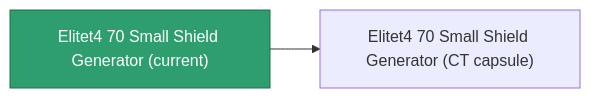
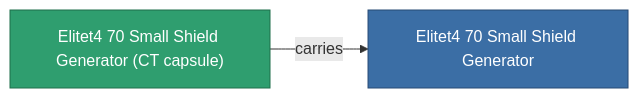
The diagram in content/content/items/elitet4_70_small_shield_generator.md (OpenPerpetuum/Wiki), drawn with Mermaid before and after one commit. The commit also changed other lines of this file and 2015 other files, not shown here.

````diff
--- a/content/content/items/elitet4_70_small_shield_generator.md
+++ b/content/content/items/elitet4_70_small_shield_generator.md
@@ -37,8 +37,9 @@
 ```mermaid
 graph LR
-    a["Elitet4 70 Small Shield Generator (current)"]:::current
-    b["Elitet4 70 Small Shield Generator (CT capsule)"]
-    a --> b
-    click b "/content/items/elitet4-70-small-shield-generator-ct-capsule/" "Elitet4 70 Small Shield Generator (CT capsule)"
+    a["Elitet4 70 Small Shield Generator (CT capsule)"]:::current
+    b["Elitet4 70 Small Shield Generator"]:::finished
+    a -->|carries| b
+                click b "/content/items/elitet4-70-small-shield-generator/" "Elitet4 70 Small Shield Generator"
     classDef current fill:#2f9e6f,stroke:#1f6f4a,color:#ffffff
+    classDef finished fill:#3b6ea5,stroke:#274a75,color:#ffffff
 ```
````
